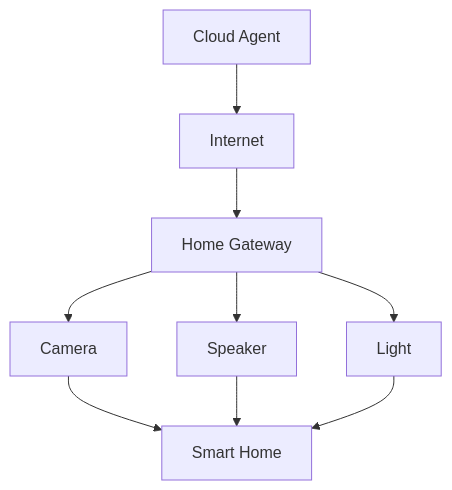
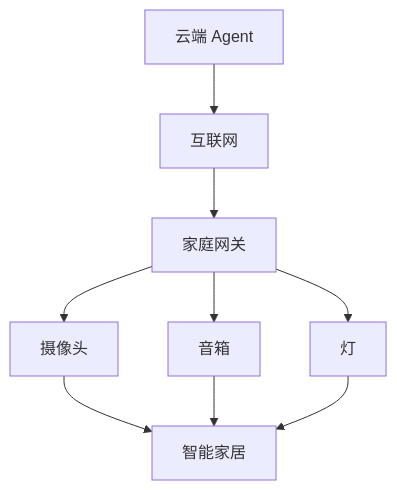
The tenth of 12 diagrams in product/产品愿景与总纲.md (ayane-ai/ayane-docs), drawn with Mermaid before and after one commit. The commit also changed other lines of this file and 8 other files, not shown here.

````diff
--- a/product/产品愿景与总纲.md
+++ b/product/产品愿景与总纲.md
@@ -693,11 +730,11 @@
 ```mermaid
 flowchart TD
-    cloud["Cloud Agent"] --> internet["Internet"]
-    internet --> homeGateway["Home Gateway"]
-    homeGateway --> camera["Camera"]
-    homeGateway --> speaker["Speaker"]
-    homeGateway --> light["Light"]
-    camera --> smartHome["Smart Home"]
+    cloud["云端 Agent"] --> internet["互联网"]
+    internet --> homeGateway["家庭网关"]
+    homeGateway --> camera["摄像头"]
+    homeGateway --> speaker["音箱"]
+    homeGateway --> light["灯"]
+    camera --> smartHome["智能家居"]
     speaker --> smartHome
     light --> smartHome
 ```
````
